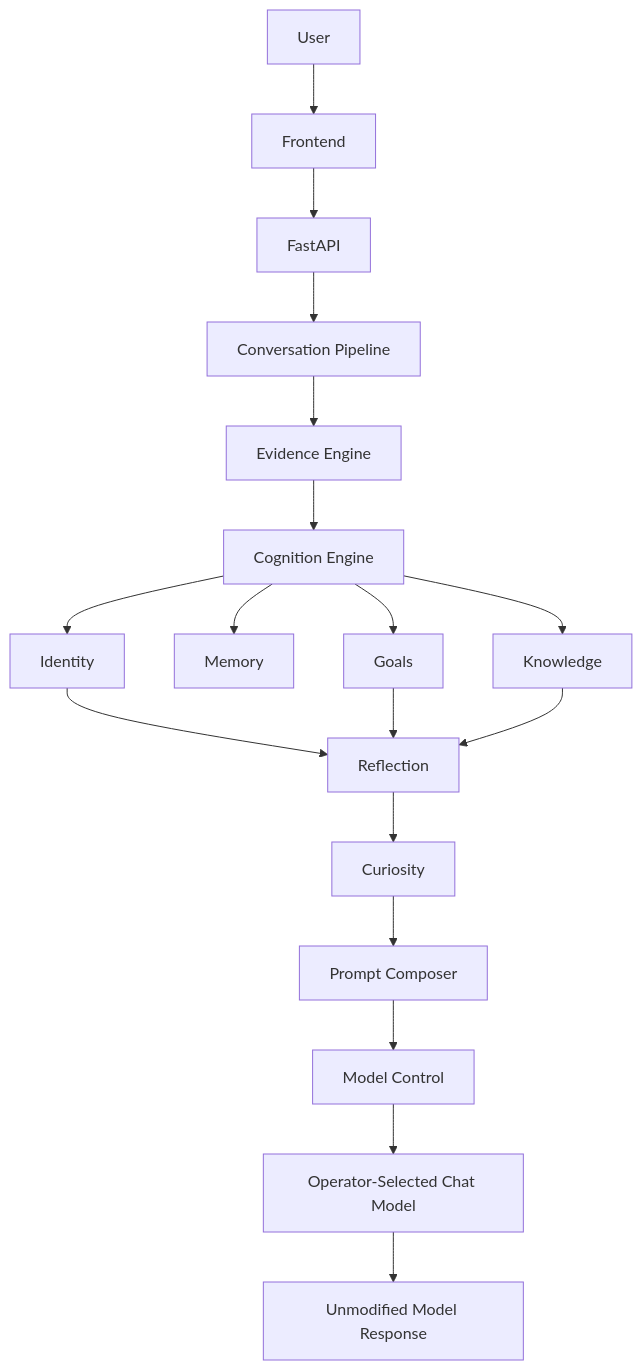
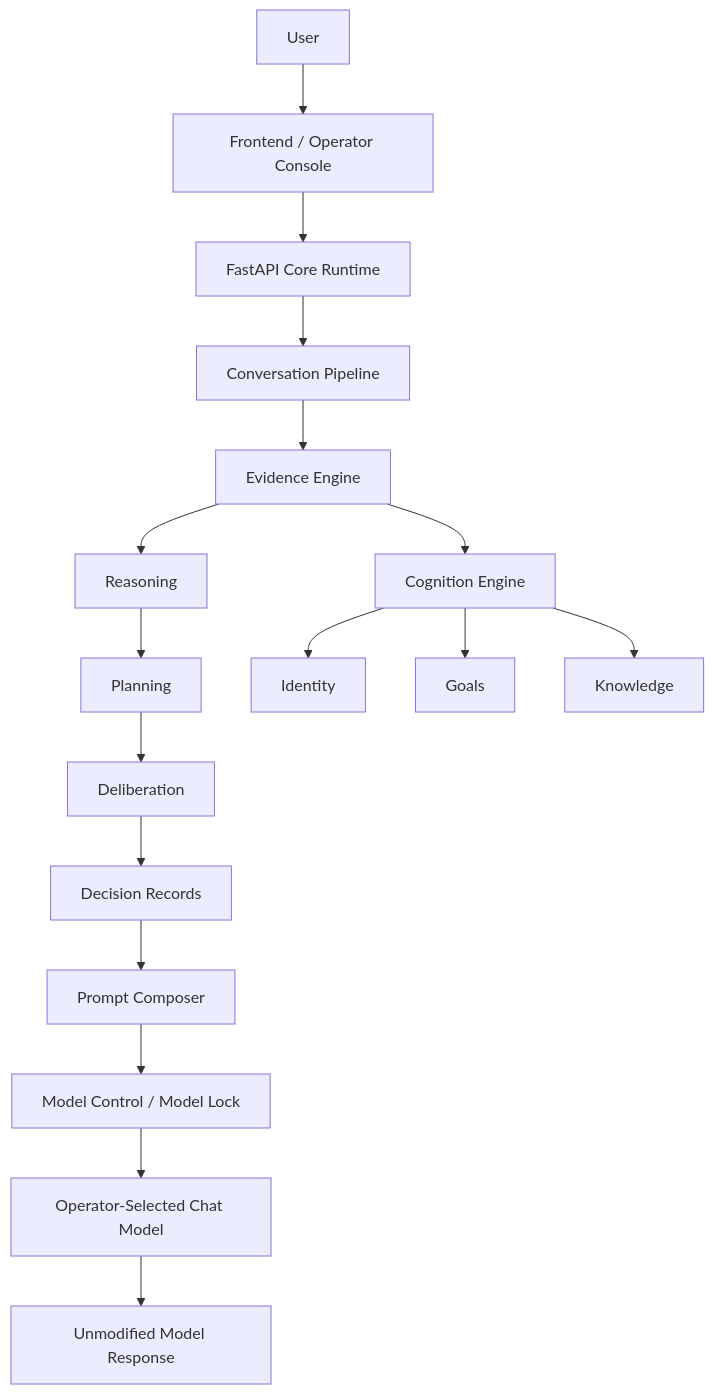
Before and after one commit to billhaitesme/The-Turning: the diagram in SYSTEM_OVERVIEW.md, drawn with Mermaid. The commit also changed other lines of this file and 6 other files, not shown here.

````diff
--- a/SYSTEM_OVERVIEW.md
+++ b/SYSTEM_OVERVIEW.md
@@ -34,20 +40,19 @@
 ```mermaid
 flowchart TD
-    User[User] --> Frontend[Frontend]
-    Frontend --> FastAPI[FastAPI]
+    User[User] --> Frontend[Frontend / Operator Console]
+    Frontend --> FastAPI[FastAPI Core Runtime]
     FastAPI --> Conversation[Conversation Pipeline]
     Conversation --> Evidence[Evidence Engine]
+    Evidence --> Reasoning[Reasoning]
+    Reasoning --> Planning[Planning]
+    Planning --> Deliberation[Deliberation]
+    Deliberation --> Decisions[Decision Records]
     Evidence --> Cognition[Cognition Engine]
     Cognition --> Identity[Identity]
-    Cognition --> Memory[Memory]
     Cognition --> Goals[Goals]
     Cognition --> Knowledge[Knowledge]
-    Identity --> Reflection[Reflection]
-    Goals --> Reflection
-    Knowledge --> Reflection
-    Reflection --> Curiosity[Curiosity]
-    Curiosity --> Prompt[Prompt Composer]
-    Prompt --> Control[Model Control]
+    Decisions --> Prompt[Prompt Composer]
+    Prompt --> Control[Model Control / Model Lock]
     Control --> ActiveModel[Operator-Selected Chat Model]
     ActiveModel --> DirectResponse[Unmodified Model Response]
 ```
````
